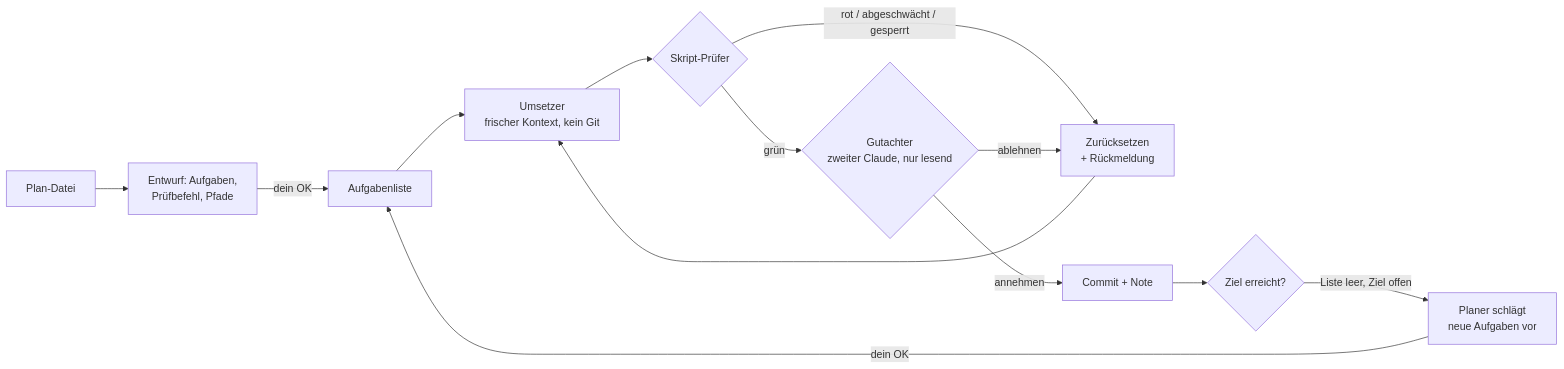
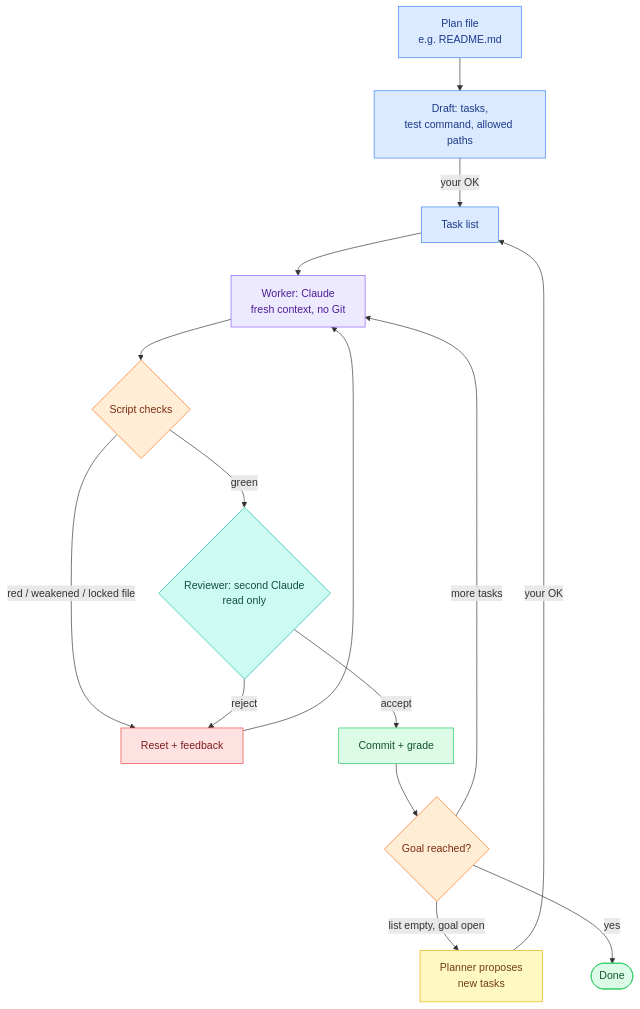
Before and after one commit to PlatinBit/autopilot-loop: the first of 2 diagrams in README.md, drawn with Mermaid. The commit also changed other lines of this file and 36 other files, not shown here.

Commit message:
0.2.0: fully English, clearer flow with diagrams, logo and social preview

````diff
--- a/README.md
+++ b/README.md
@@ -11,15 +21,32 @@
 ```mermaid
-flowchart LR
-    P[Plan-Datei] --> E[Entwurf: Aufgaben,<br/>Prüfbefehl, Pfade]
-    E -- dein OK --> A[Aufgabenliste]
-    A --> U[Umsetzer<br/>frischer Kontext, kein Git]
-    U --> S{Skript-Prüfer}
-    S -- rot / abgeschwächt / gesperrt --> R[Zurücksetzen<br/>+ Rückmeldung]
-    S -- grün --> G{Gutachter<br/>zweiter Claude, nur lesend}
-    G -- ablehnen --> R
-    G -- annehmen --> C[Commit + Note]
-    R --> U
-    C --> Z{Ziel erreicht?}
-    Z -- Liste leer, Ziel offen --> PL[Planer schlägt<br/>neue Aufgaben vor]
-    PL -- dein OK --> A
+flowchart TD
+    P[Plan file<br/>e.g. README.md] --> D[Draft: tasks,<br/>test command, allowed paths]
+    D -- your OK --> T[Task list]
+    T --> W[Worker: Claude<br/>fresh context, no Git]
+    W --> S{Script checks}
+    S -- red / weakened / locked file --> R[Reset + feedback]
+    S -- green --> V{Reviewer: second Claude<br/>read only}
+    V -- reject --> R
+    V -- accept --> C[Commit + grade]
+    R --> W
+    C --> G{Goal reached?}
+    G -- more tasks --> W
+    G -- list empty, goal open --> PL[Planner proposes<br/>new tasks]
+    PL -- your OK --> T
+    G -- yes --> E([Done])
+
+    classDef plan fill:#dbeafe,stroke:#3b82f6,color:#1e3a8a
+    classDef worker fill:#ede9fe,stroke:#8b5cf6,color:#4c1d95
+    classDef check fill:#ffedd5,stroke:#f97316,color:#7c2d12
+    classDef reviewer fill:#ccfbf1,stroke:#14b8a6,color:#134e4a
+    classDef commit fill:#dcfce7,stroke:#22c55e,color:#14532d
+    classDef reject fill:#fee2e2,stroke:#ef4444,color:#7f1d1d
+    classDef planner fill:#fef9c3,stroke:#eab308,color:#713f12
+    class P,D,T plan
+    class W worker
+    class S,G check
+    class V reviewer
+    class C,E commit
+    class R reject
+    class PL planner
 ```
````
